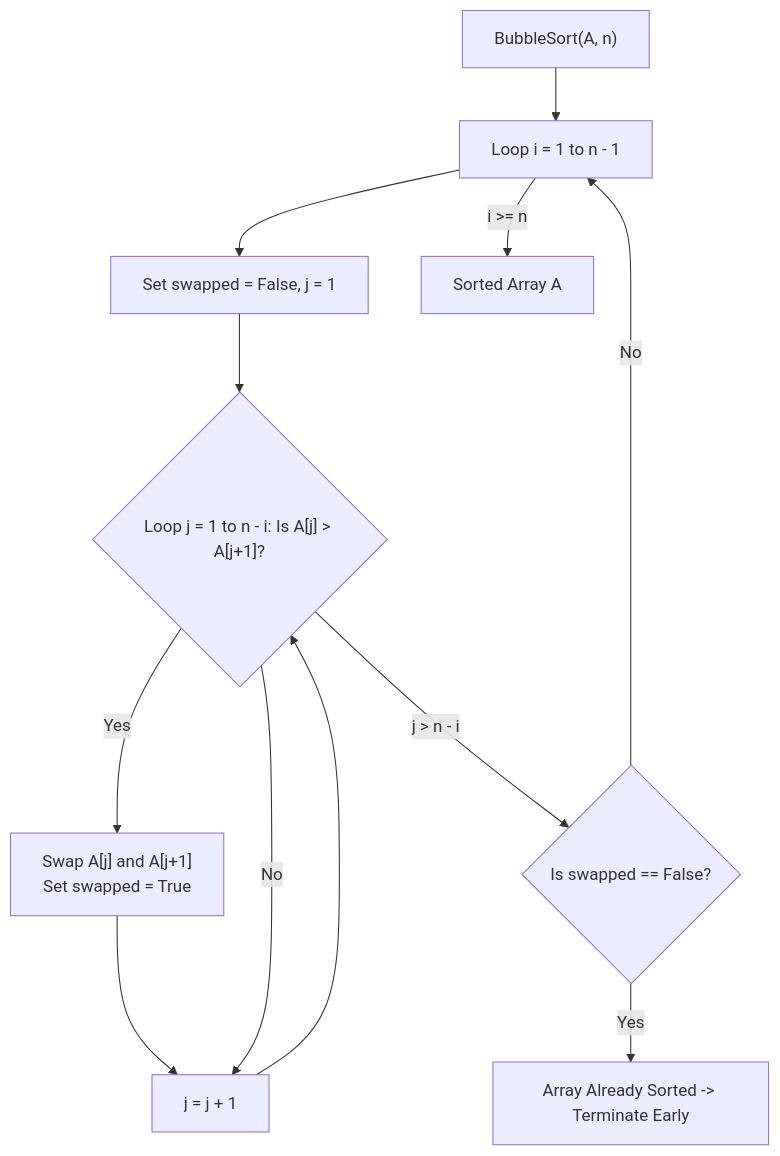
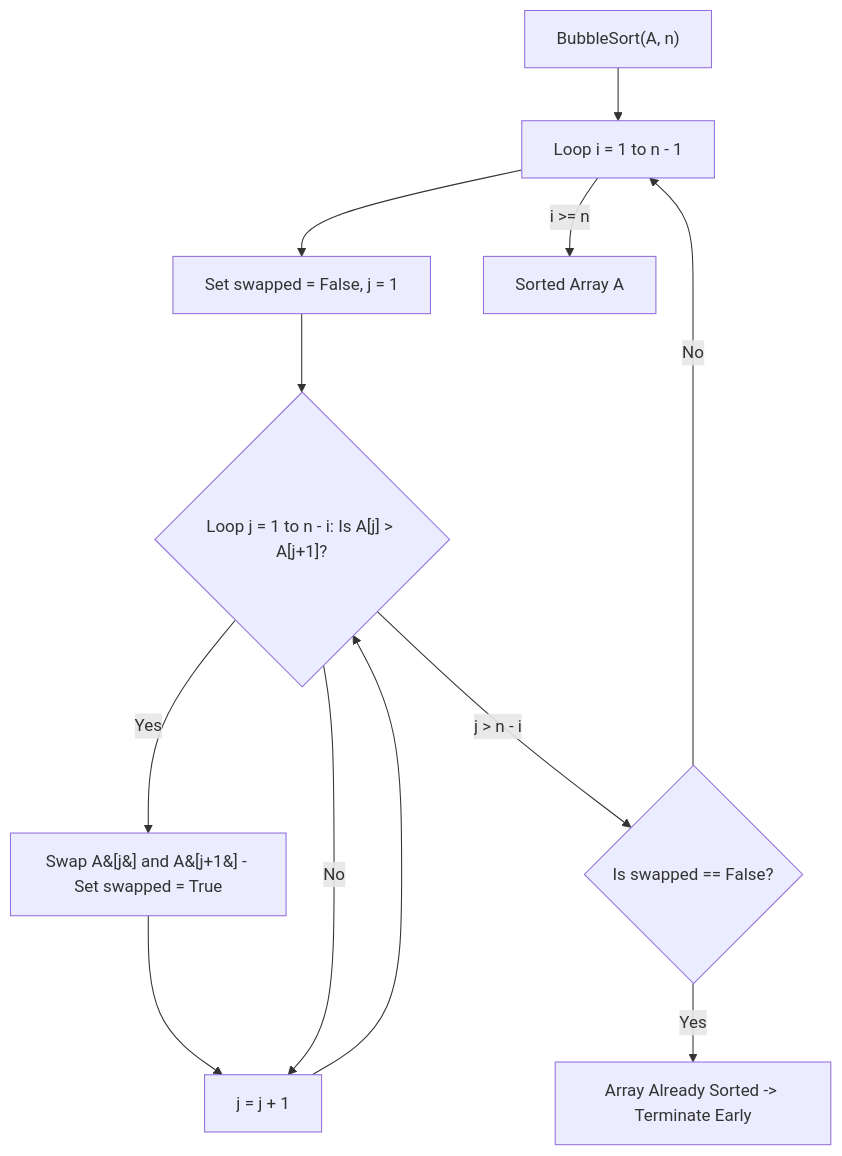
The ninth of 10 diagrams in notes/design_and_analysis_of_algorithms/Unit_02_Analysis_of_Algorithms.md (DeepLumiere/DeepSkills), drawn with Mermaid before and after one commit. The commit also changed other lines of this file and 56 other files, not shown here.

````diff
--- a/notes/design_and_analysis_of_algorithms/Unit_02_Analysis_of_Algorithms.md
+++ b/notes/design_and_analysis_of_algorithms/Unit_02_Analysis_of_Algorithms.md
@@ -1542,23 +1542,23 @@
 ```mermaid
 
 flowchart TD
 
     Start["BubbleSort(A, n)"] --> Outer["Loop i = 1 to n - 1"]
 
     Outer --> SetSwapped["Set swapped = False, j = 1"]
 
     SetSwapped --> Inner{"Loop j = 1 to n - i: Is A[j] > A[j+1]?"}
 
-    Inner -- Yes --> Swap["Swap A[j] and A[j+1]<br>Set swapped = True"] --> IncJ["j = j + 1"] --> Inner
+    Inner -- Yes --> Swap["Swap A&#91;j&#93; and A&#91;j+1&#93; - Set swapped = True"] --> IncJ["j = j + 1"] --> Inner
 
     Inner -- No --> IncJ
 
     Inner -- "j > n - i" --> CheckSwapped{"Is swapped == False?"}
 
     CheckSwapped -- Yes --> DoneEarly["Array Already Sorted -> Terminate Early"]
 
     CheckSwapped -- No --> Outer
 
     Outer -- "i >= n" --> Done["Sorted Array A"]
 
 ```
````
